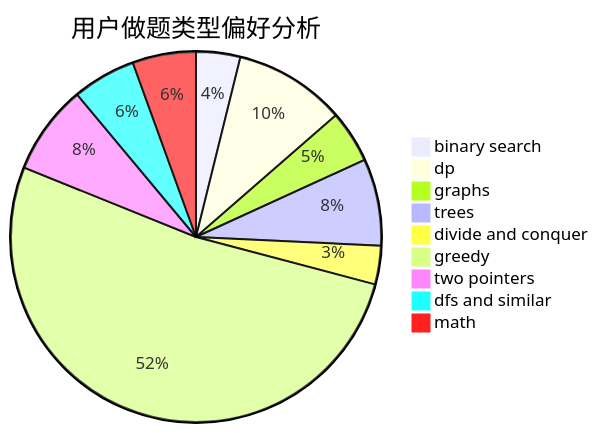
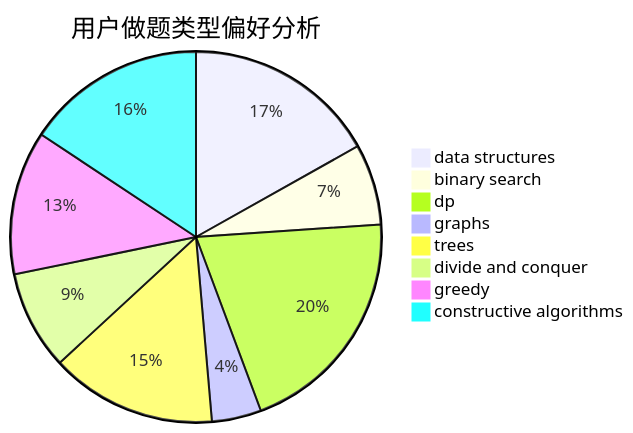
The second of 3 diagrams in docs/user/u2163.md (sherpahu/cfrs.github.io), drawn with Mermaid before and after one commit. The commit also changed other lines of this file and 2775 other files, not shown here.

````diff
--- a/docs/user/u2163.md
+++ b/docs/user/u2163.md
@@ -23,12 +23,11 @@
 ```mermaid
 pie title 用户做题类型偏好分析
-    "binary search" :  32
-    "dp" :  81
-    "graphs" :  38
-    "trees" :  63
-    "divide and conquer" :  28
-    "greedy" :  432
-    "two pointers" :  65
-    "dfs and similar" :  46
-    "math" :  46
+    "data structures" :  43
+    "binary search" :  18
+    "dp" :  52
+    "graphs" :  11
+    "trees" :  37
+    "divide and conquer" :  22
+    "greedy" :  32
+    "constructive algorithms" :  40
 ```
````
